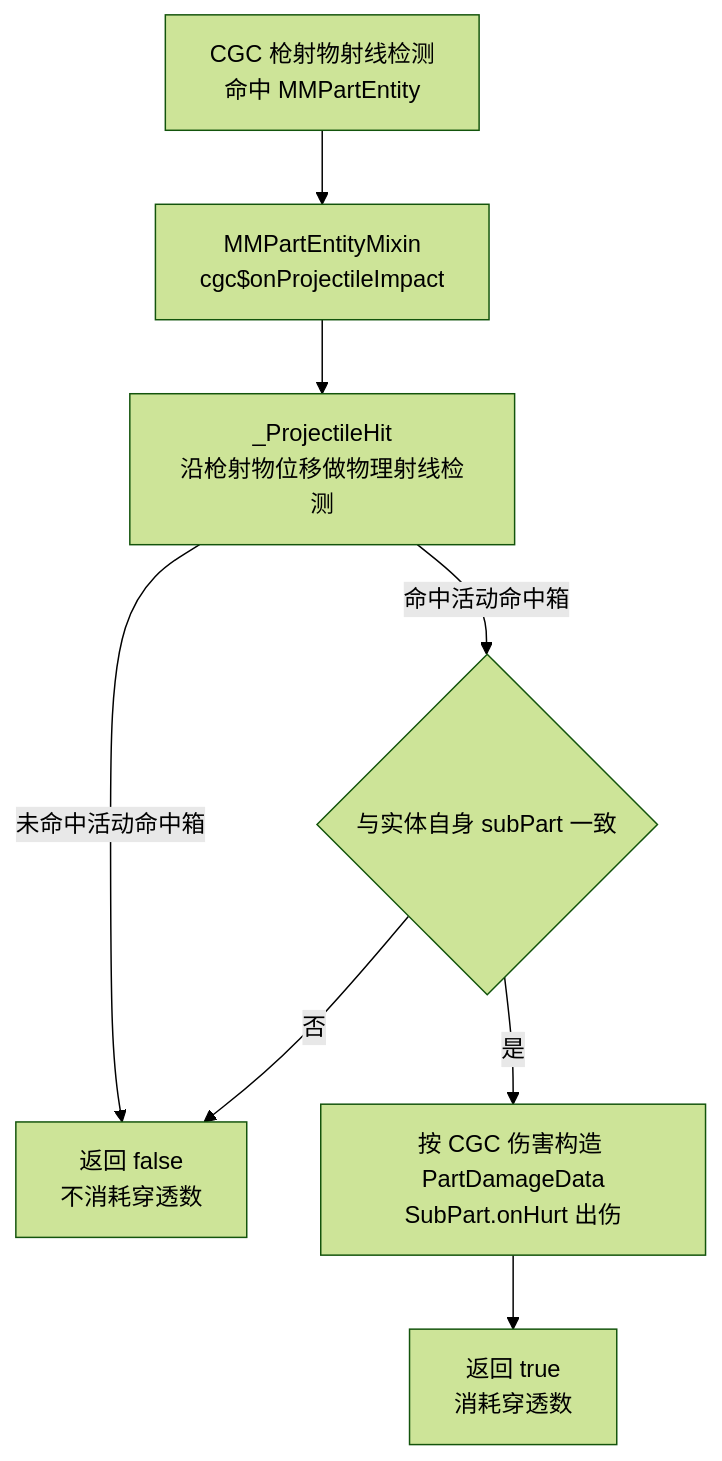
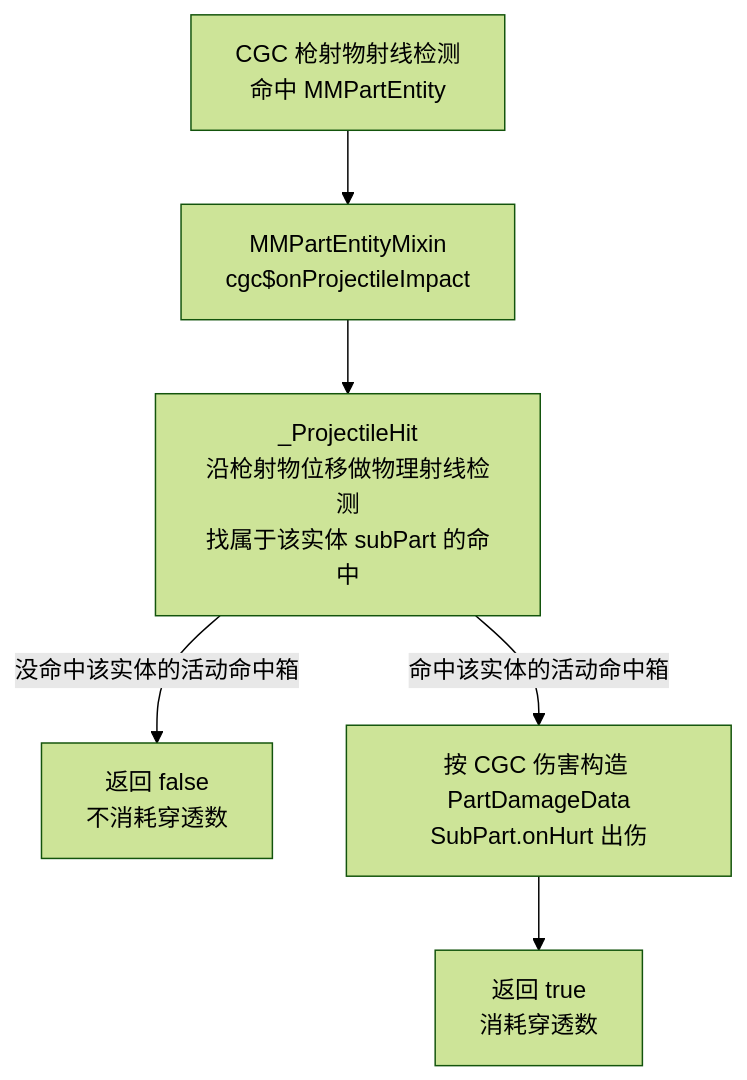
Before and after one commit to XColorful/CGC-Compat-MachineMax: the diagram in docs/architecture/core/projectile/cgc-compat.md, drawn with Mermaid (forest theme). The commit also changed other lines of this file and 3 other files, not shown here.

Commit message:
Correct projectile hit part

````diff
--- a/docs/architecture/core/projectile/cgc-compat.md
+++ b/docs/architecture/core/projectile/cgc-compat.md
@@ -27,12 +27,10 @@
 ```mermaid
 flowchart TD
     RAY["CGC 枪射物射线检测<br/>命中 MMPartEntity"] --> CALL["MMPartEntityMixin<br/>cgc$onProjectileImpact"]
 
-    CALL --> PHIT["_ProjectileHit<br/>沿枪射物位移做物理射线检测"]
+    CALL --> PHIT["_ProjectileHit<br/>沿枪射物位移做物理射线检测<br/>找属于该实体 subPart 的命中"]
 
-    PHIT -->|"未命中活动命中箱"| FALSE["返回 false<br/>不消耗穿透数"]
-    PHIT -->|"命中活动命中箱"| MATCH{"与实体自身 subPart 一致"}
-    MATCH -->|"否"| FALSE
-    MATCH -->|"是"| ONHURT["按 CGC 伤害构造 PartDamageData<br/>SubPart.onHurt 出伤"]
+    PHIT -->|"没命中该实体的活动命中箱"| FALSE["返回 false<br/>不消耗穿透数"]
+    PHIT -->|"命中该实体的活动命中箱"| ONHURT["按 CGC 伤害构造 PartDamageData<br/>SubPart.onHurt 出伤"]
     ONHURT --> TRUE["返回 true<br/>消耗穿透数"]
 ```
````
